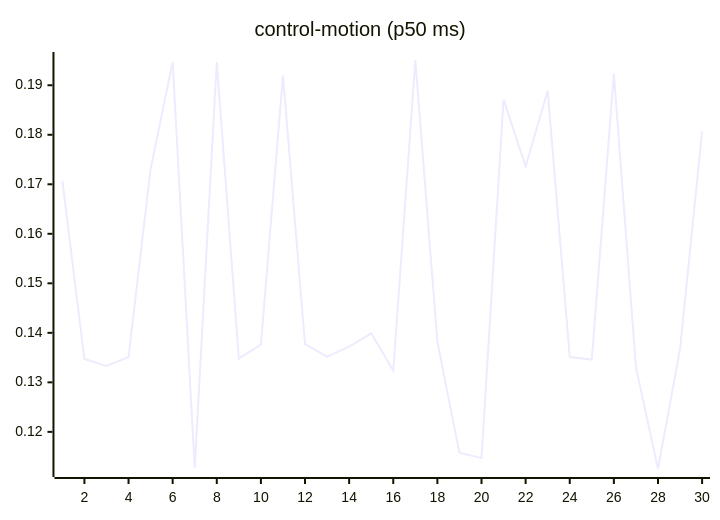
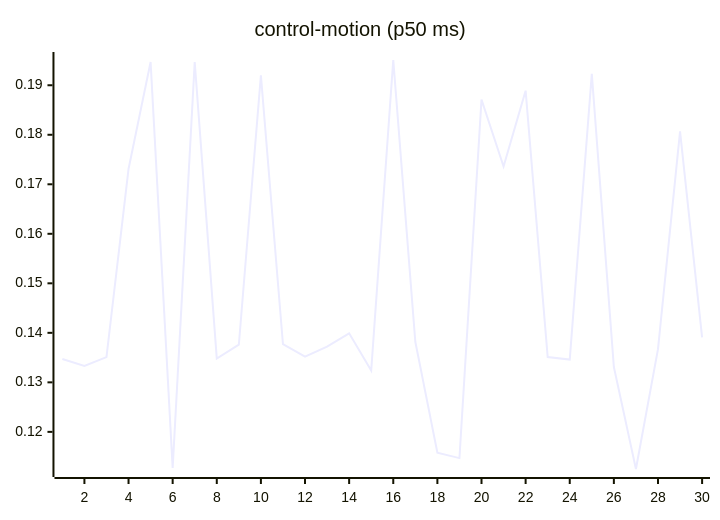
Before and after one commit to josha/Facet: the seventh of 27 diagrams in README.md, drawn with Mermaid. The commit also changed other lines of this file and 2 other files, not shown here.

````diff
--- a/README.md
+++ b/README.md
@@ -105,6 +105,6 @@
 ```mermaid
 xychart-beta
     title "control-motion (p50 ms)"
     x-axis 1 --> 30
-    line [0.1707, 0.1347, 0.1333, 0.1351, 0.1731, 0.1947, 0.1127, 0.1947, 0.1348, 0.1376, 0.1920, 0.1377, 0.1352, 0.1372, 0.1399, 0.1324, 0.1951, 0.1382, 0.1158, 0.1147, 0.1871, 0.1736, 0.1889, 0.1351, 0.1346, 0.1923, 0.1331, 0.1125, 0.1367, 0.1807]
+    line [0.1347, 0.1333, 0.1351, 0.1731, 0.1947, 0.1127, 0.1947, 0.1348, 0.1376, 0.1920, 0.1377, 0.1352, 0.1372, 0.1399, 0.1324, 0.1951, 0.1382, 0.1158, 0.1147, 0.1871, 0.1736, 0.1889, 0.1351, 0.1346, 0.1923, 0.1331, 0.1125, 0.1367, 0.1807, 0.1391]
 ```
````
